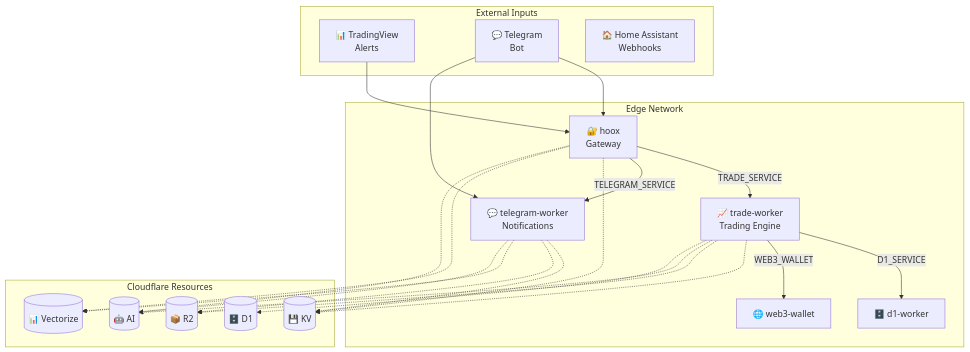
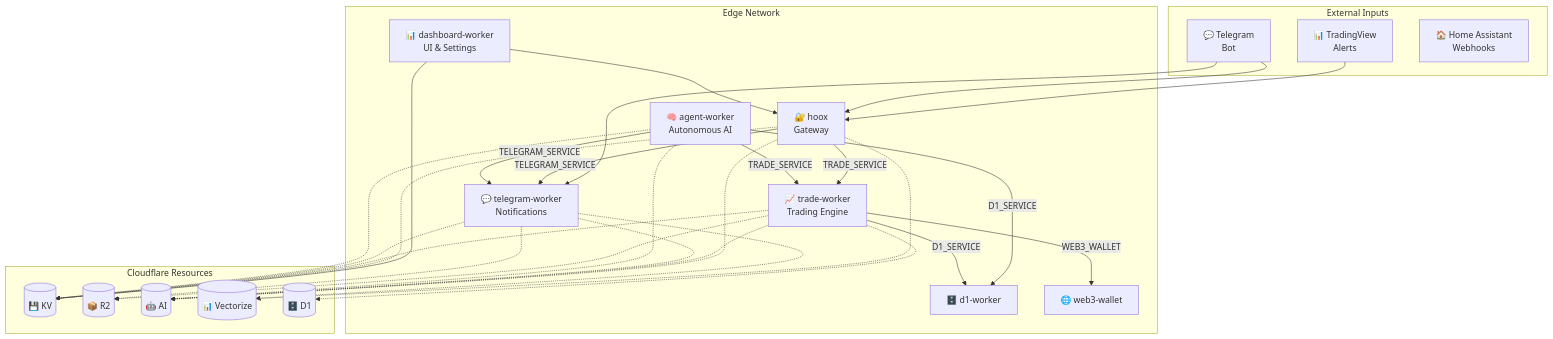
The diagram in README.md (jango-blockchained/hoox-setup), drawn with Mermaid before and after one commit. The commit also changed other lines of this file and 4 other files, not shown here.

Commit message:
feat: add agent-worker implementation, dashboard-worker README, and update docs

````diff
--- a/README.md
+++ b/README.md
@@ -79,48 +79,58 @@
 ```mermaid
 graph TB
     subgraph "External Inputs"
         TV["📊 TradingView<br/>Alerts"]
         TG["💬 Telegram<br/>Bot"]
         HA["🏠 Home Assistant<br/>Webhooks"]
     end
 
     subgraph "Edge Network"
         hoox["🔐 hoox<br/>Gateway"]
         trade["📈 trade-worker<br/>Trading Engine"]
         telegram["💬 telegram-worker<br/>Notifications"]
+        agent["🧠 agent-worker<br/>Autonomous AI"]
+        dash["📊 dashboard-worker<br/>UI & Settings"]
         d1["🗄️ d1-worker"]
         web3["🌐 web3-wallet"]
     end
 
     subgraph "Cloudflare Resources"
         KV[(💾 KV)]
         R2[(📦 R2)]
         AI[(🤖 AI)]
         VEC[(📊 Vectorize)]
         DB[(🗄️ D1)]
     end
 
     TV --> hoox
     TG --> hoox
     TG --> telegram
+    dash --> KV
+    dash --> hoox
 
     hoox -->|TRADE_SERVICE| trade
     hoox -->|TELEGRAM_SERVICE| telegram
+    agent -->|TRADE_SERVICE| trade
+    agent -->|TELEGRAM_SERVICE| telegram
+    agent -->|D1_SERVICE| d1
 
     trade -->|D1_SERVICE| d1
     trade -->|WEB3_WALLET| web3
 
     hoox -.-> KV
     hoox -.-> VEC
     hoox -.-> AI
 
     trade -.-> KV
     trade -.-> R2
     trade -.-> AI
     trade -.-> DB
 
     telegram -.-> KV
     telegram -.-> R2
     telegram -.-> VEC
     telegram -.-> AI
+    
+    agent -.-> KV
+    agent -.-> AI
 ```
````
